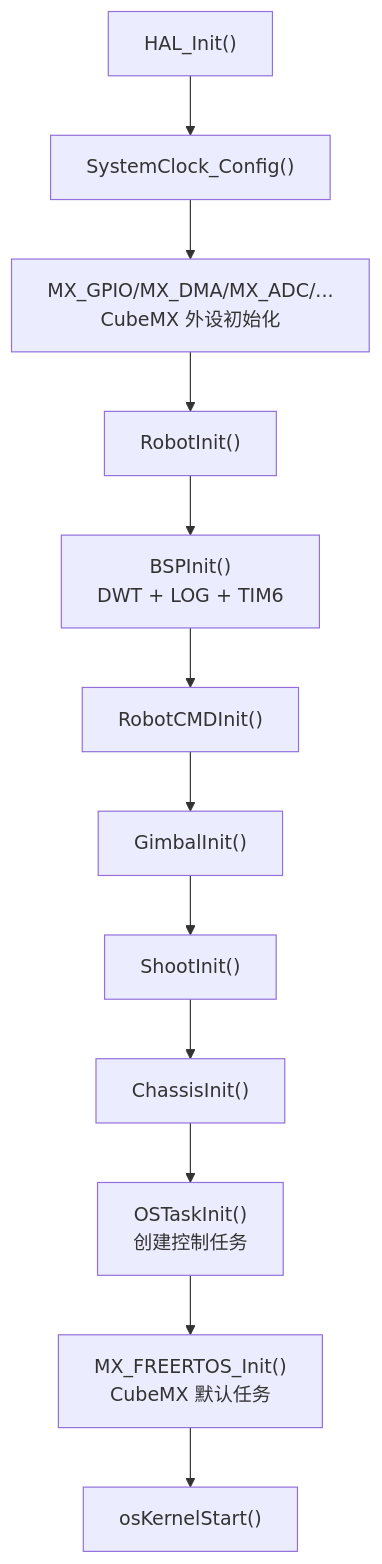
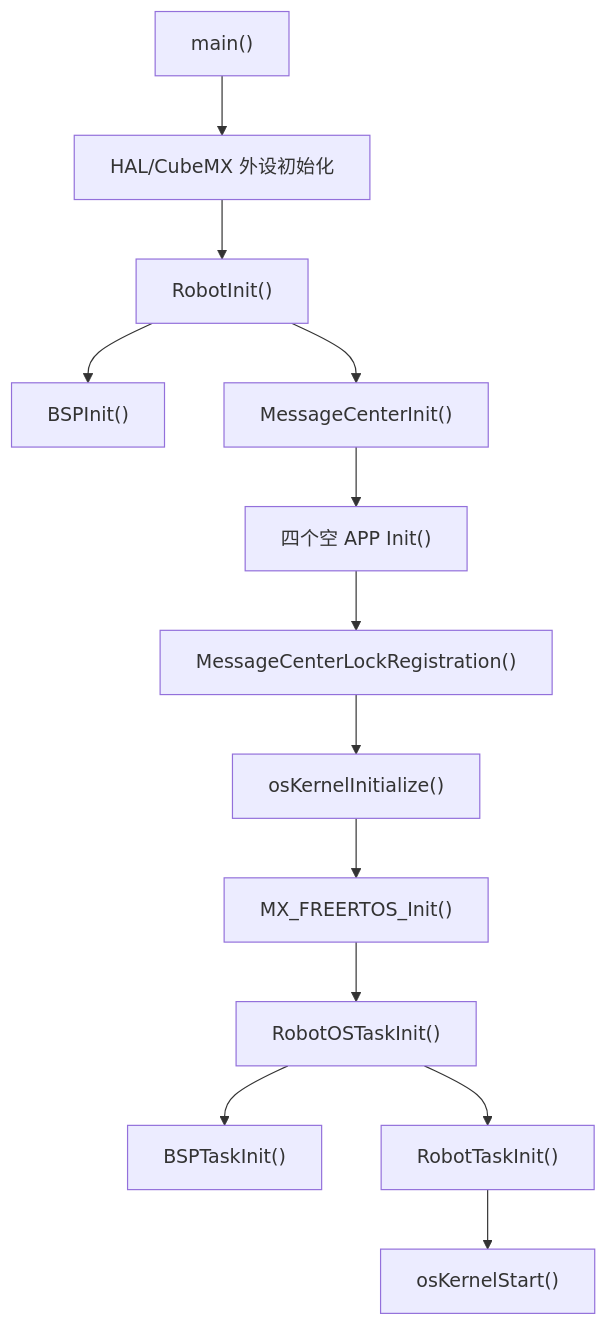
One commit to LonelyMarch/Basic_Framework_MC02 changed the second of 3 diagrams in doc/项目架构说明.md. Above: the diagram before and after it, drawn with Mermaid. The commit also changed other lines of this file and 10793 other files, not shown here.

````diff
--- a/doc/项目架构说明.md
+++ b/doc/项目架构说明.md
@@ -114,18 +58,15 @@
 ```mermaid
 flowchart TD
-    A["HAL_Init()"]
-    B["SystemClock_Config()"]
-    C["MX_GPIO/MX_DMA/MX_ADC/...<br/>CubeMX 外设初始化"]
-    D["RobotInit()"]
-    E["BSPInit()<br/>DWT + LOG + TIM6"]
-    F["RobotCMDInit()"]
-    G["GimbalInit()"]
-    H["ShootInit()"]
-    I["ChassisInit()"]
-    J["OSTaskInit()<br/>创建控制任务"]
-    K["MX_FREERTOS_Init()<br/>CubeMX 默认任务"]
-    L["osKernelStart()"]
-
-    A --> B --> C --> D
-    D --> E --> F --> G --> H --> I --> J --> K --> L
+    Main["main()"] --> HAL["HAL/CubeMX 外设初始化"]
+    HAL --> RobotInit["RobotInit()"]
+    RobotInit --> BSPInit["BSPInit()"]
+    RobotInit --> MessageInit["MessageCenterInit()"]
+    MessageInit --> AppInit["四个空 APP Init()"]
+    AppInit --> MessageLock["MessageCenterLockRegistration()"]
+    MessageLock --> KernelInit["osKernelInitialize()"]
+    KernelInit --> MXRTOS["MX_FREERTOS_Init()"]
+    MXRTOS --> RobotOS["RobotOSTaskInit()"]
+    RobotOS --> BSPTasks["BSPTaskInit()"]
+    RobotOS --> AppTasks["RobotTaskInit()"]
+    AppTasks --> KernelStart["osKernelStart()"]
 ```
````
